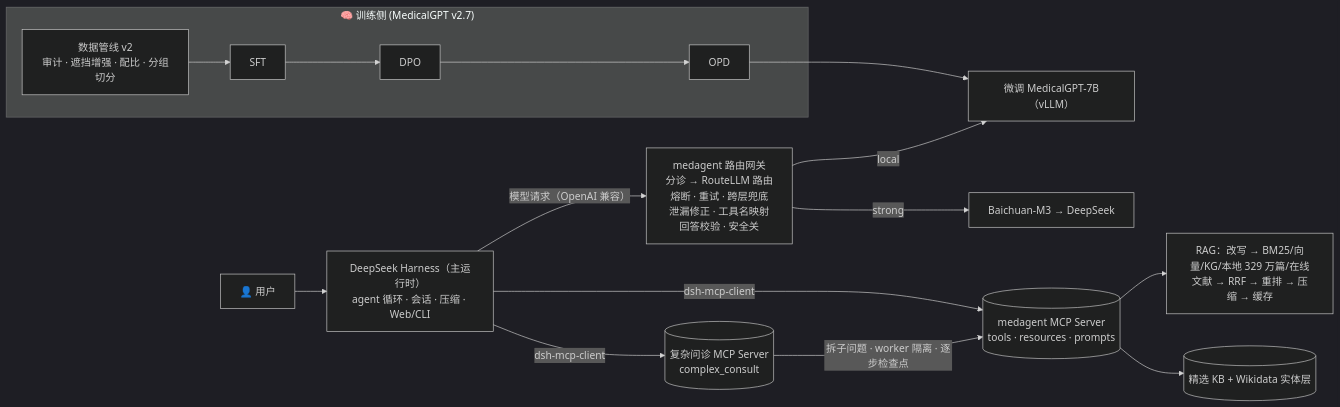
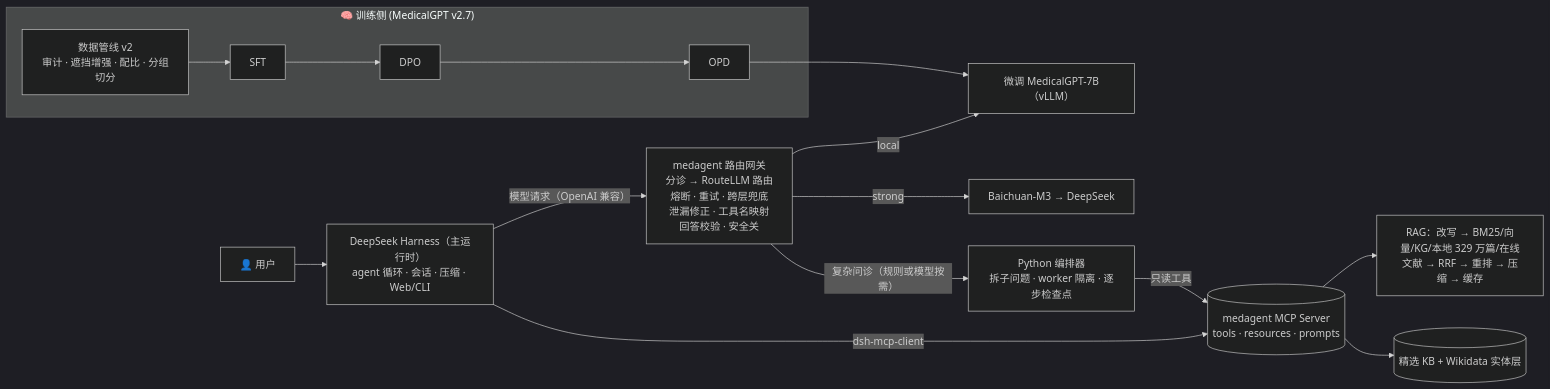
The diagram in README.md (Gaogxx/MedicalGPT_agent), drawn with Mermaid (dark theme) before and after one commit. The commit also changed other lines of this file and 11 other files, not shown here.

````diff
--- a/README.md
+++ b/README.md
@@ -42,16 +42,16 @@
 ```mermaid
 flowchart LR
     subgraph Training["🧠 训练侧 (MedicalGPT v2.7)"]
         DP["数据管线 v2<br/>审计 · 遮挡增强 · 配比 · 分组切分"] --> SFT["SFT"] --> DPO["DPO"] --> OPD["OPD"]
     end
     U["👤 用户"] --> DSH["DeepSeek Harness（主运行时）<br/>agent 循环 · 会话 · 压缩 · Web/CLI"]
     DSH -- "模型请求（OpenAI 兼容）" --> GW["medagent 路由网关<br/>分诊 → RouteLLM 路由<br/>熔断 · 重试 · 跨层兜底<br/>泄漏修正 · 工具名映射<br/>回答校验 · 安全关"]
     GW -- local --> L["微调 MedicalGPT-7B（vLLM）"]
     GW -- strong --> S["Baichuan-M3 → DeepSeek"]
     OPD --> L
     DSH -- "dsh-mcp-client" --> MCP[("medagent MCP Server<br/>tools · resources · prompts")]
-    DSH -- "dsh-mcp-client" --> CS[("复杂问诊 MCP Server<br/>complex_consult")]
-    CS -- "拆子问题 · worker 隔离 · 逐步检查点" --> MCP
+    GW -- "复杂问诊（规则或模型按需）" --> CS["Python 编排器<br/>拆子问题 · worker 隔离 · 逐步检查点"]
+    CS -- "只读工具" --> MCP
     MCP --> RAG["RAG：改写 → BM25/向量/KG/本地 329 万篇/在线文献 → RRF → 重排 → 压缩 → 缓存"]
     MCP --> KB[("精选 KB + Wikidata 实体层")]
 ```
````
